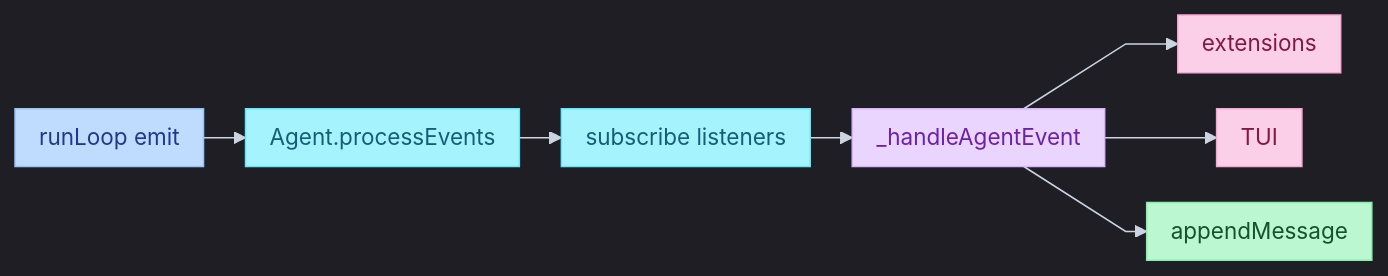
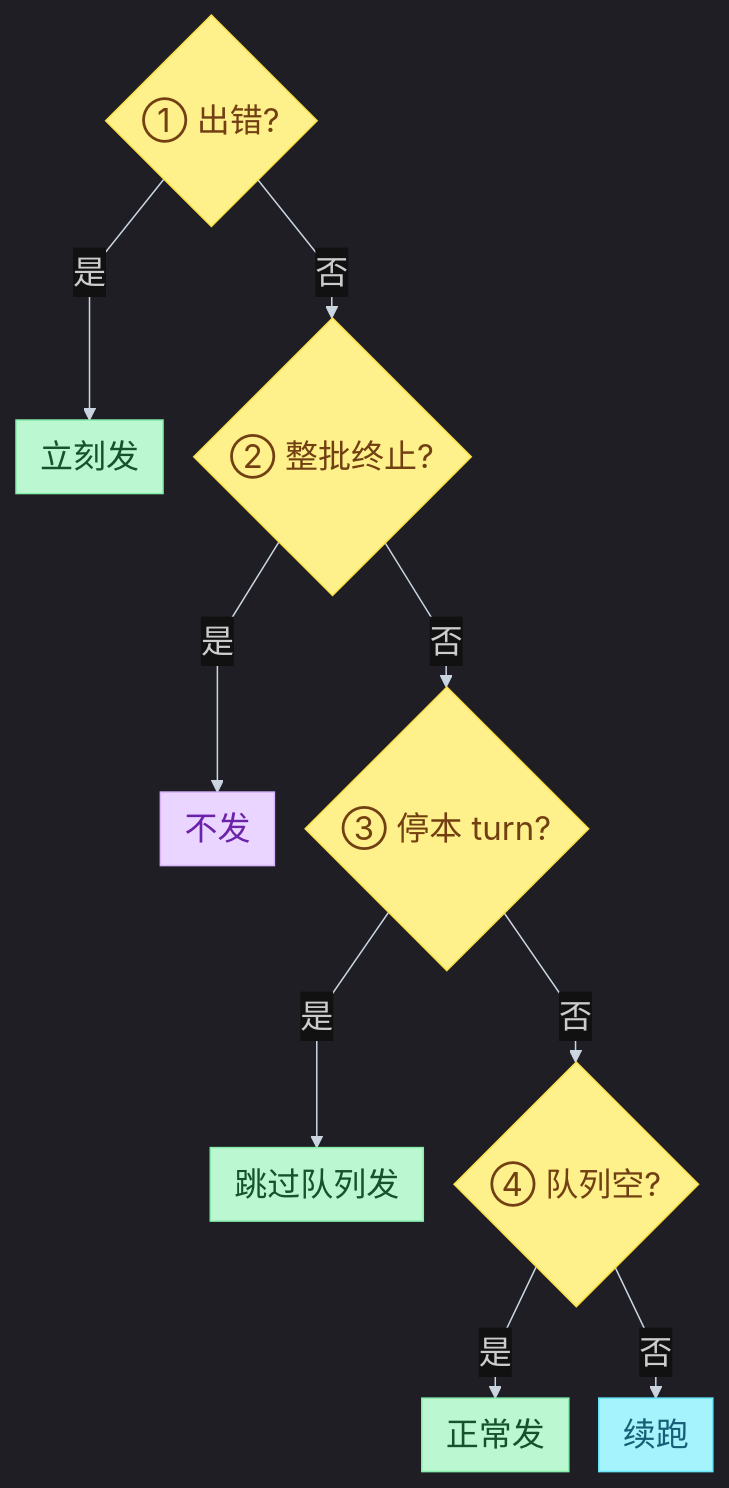
Before and after one commit to juliepy/AI-Engineer-from-scrach: the third of 4 diagrams in 13-pi-agent/03-events.md, drawn with Mermaid. The commit also changed other lines of this file and 2 other files, not shown here.

First line of the commit message:
Rewrite Pi events notes around emit/subscribe and update mermaid drawing rules.

````diff
--- a/13-pi-agent/03-events.md
+++ b/13-pi-agent/03-events.md
@@ -171,22 +164,22 @@
 ```mermaid
-%%{init: {"theme": "dark", "flowchart": {"curve": "linear", "rankSpacing": 28, "nodeSpacing": 24, "padding": 8}, "themeVariables": {"fontSize": "15px", "background": "#000000", "lineColor": "#CBD5E1", "edgeLabelBackground": "#111111"}}}%%
-flowchart LR
-    LOOP["runLoop emit"] --> PE["Agent.processEvents"]
-    PE --> L["subscribe listeners"]
-    L --> SES["_handleAgentEvent"]
-    SES --> EXT["extensions"]
-    SES --> TUI["TUI"]
-    SES --> JSONL["appendMessage"]
+%%{init: {"theme": "dark", "flowchart": {"curve": "linear", "rankSpacing": 28, "nodeSpacing": 20, "padding": 8, "useMaxWidth": false, "htmlLabels": true}, "themeVariables": {"fontSize": "22px", "background": "#000000", "lineColor": "#CBD5E1", "edgeLabelBackground": "#111111"}, "themeCSS": ".nodeLabel,.label,span{font-size:22px!important}"}}%%
+flowchart TB
+    G1{"① 出错?"} -->|是| E1["立刻发"]
+    G1 -->|否| G2{"② 整批终止?"}
+    G2 -->|是| NO["不发"]
+    G2 -->|否| G3{"③ 停本 turn?"}
+    G3 -->|是| E2["跳过队列发"]
+    G3 -->|否| G4{"④ 队列空?"}
+    G4 -->|是| E3["正常发"]
+    G4 -->|否| MORE["续跑"]
 
-    classDef a fill:#BFDBFE,stroke:#93C5FD,color:#1E3A8A
-    classDef b fill:#A5F3FC,stroke:#67E8F9,color:#155E75
-    classDef c fill:#E9D5FF,stroke:#D8B4FE,color:#6B21A8
-    classDef d fill:#FBCFE8,stroke:#F9A8D4,color:#831843
-    classDef e fill:#BBF7D0,stroke:#86EFAC,color:#14532D
+    classDef dec fill:#FEF08A,stroke:#FDE047,color:#713F12,font-size:22px
+    classDef ok fill:#BBF7D0,stroke:#86EFAC,color:#14532D,font-size:22px
+    classDef mid fill:#A5F3FC,stroke:#67E8F9,color:#155E75,font-size:22px
+    classDef skip fill:#E9D5FF,stroke:#D8B4FE,color:#6B21A8,font-size:22px
 
-    class LOOP a
-    class PE,L b
-    class SES c
-    class EXT,TUI d
-    class JSONL e
+    class G1,G2,G3,G4 dec
+    class E1,E2,E3 ok
+    class MORE mid
+    class NO skip
 ```
````
